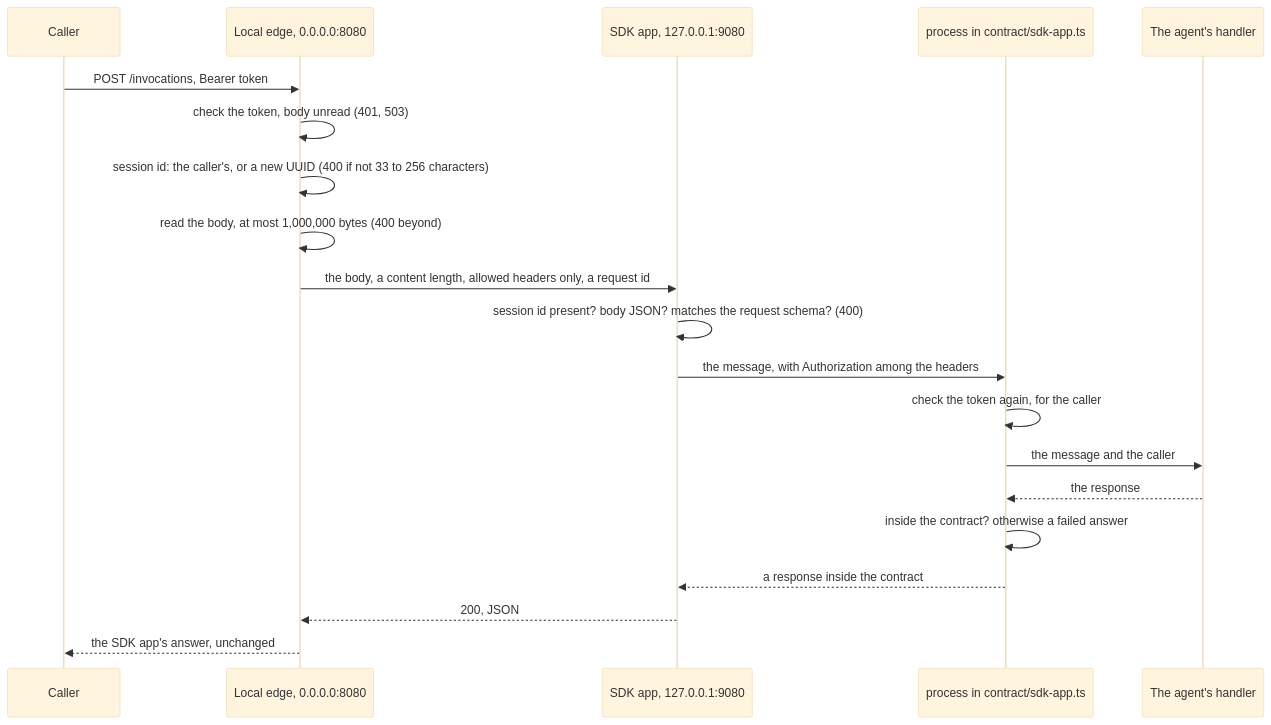
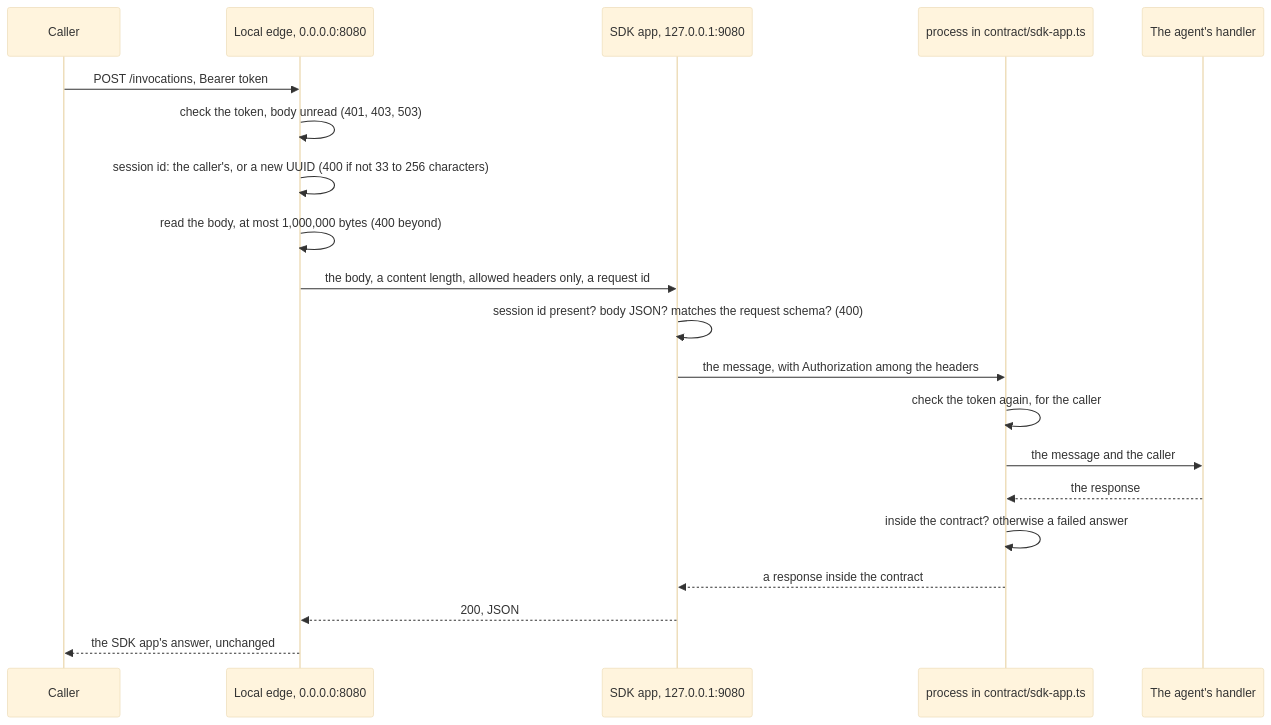
Before and after one commit to AndrewPHunter/ai-on-aws: the first of 2 diagrams in docs/architecture/agent-runtime.md, drawn with Mermaid (base theme). The commit also changed other lines of this file and 29 other files, not shown here.

````diff
--- a/docs/architecture/agent-runtime.md
+++ b/docs/architecture/agent-runtime.md
@@ -24,23 +24,23 @@
 ```mermaid
 sequenceDiagram
     participant C as Caller
     participant E as Local edge, 0.0.0.0:8080
     participant S as SDK app, 127.0.0.1:9080
     participant P as process in contract/sdk-app.ts
     participant H as The agent's handler
 
     C->>E: POST /invocations, Bearer token
-    E->>E: check the token, body unread (401, 503)
+    E->>E: check the token, body unread (401, 403, 503)
     E->>E: session id: the caller's, or a new UUID (400 if not 33 to 256 characters)
     E->>E: read the body, at most 1,000,000 bytes (400 beyond)
     E->>S: the body, a content length, allowed headers only, a request id
     S->>S: session id present? body JSON? matches the request schema? (400)
     S->>P: the message, with Authorization among the headers
     P->>P: check the token again, for the caller
     P->>H: the message and the caller
     H-->>P: the response
     P->>P: inside the contract? otherwise a failed answer
     P-->>S: a response inside the contract
     S-->>E: 200, JSON
     E-->>C: the SDK app's answer, unchanged
 ```
````
